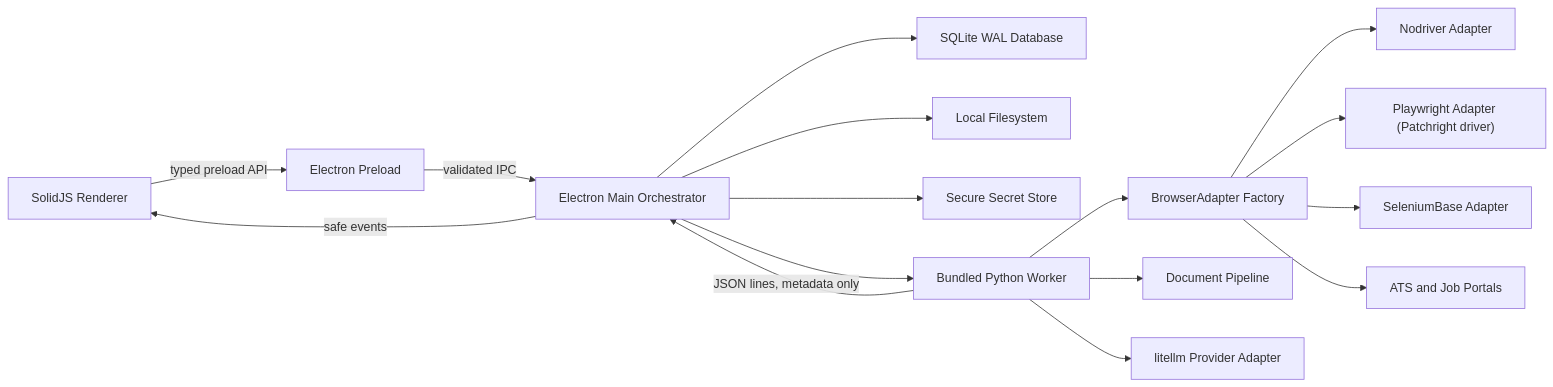
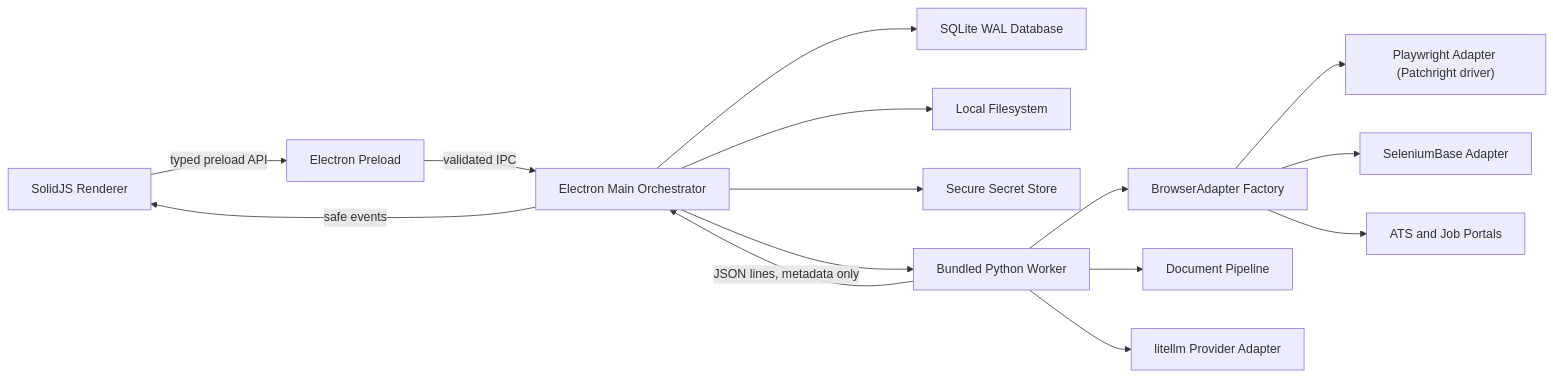
The first of 3 diagrams in docs/architecture.md (varunk47/Applyocalypse), drawn with Mermaid before and after one commit. The commit also changed other lines of this file and 42 other files, not shown here.

````diff
--- a/docs/architecture.md
+++ b/docs/architecture.md
@@ -14,18 +14,17 @@
 ```mermaid
 flowchart LR
   Renderer["SolidJS Renderer"] -->|typed preload API| Preload["Electron Preload"]
   Preload -->|validated IPC| Main["Electron Main Orchestrator"]
   Main --> SQLite["SQLite WAL Database"]
   Main --> Files["Local Filesystem"]
   Main --> Secrets["Secure Secret Store"]
   Main --> Python["Bundled Python Worker"]
   Python --> Browser["BrowserAdapter Factory"]
-  Browser --> Nodriver["Nodriver Adapter"]
   Browser --> Playwright["Playwright Adapter (Patchright driver)"]
   Browser --> SeleniumBase["SeleniumBase Adapter"]
   Python --> Docs["Document Pipeline"]
   Python --> LLM["litellm Provider Adapter"]
   Browser --> Portals["ATS and Job Portals"]
   Python -->|JSON lines, metadata only| Main
   Main -->|safe events| Renderer
 ```
````
